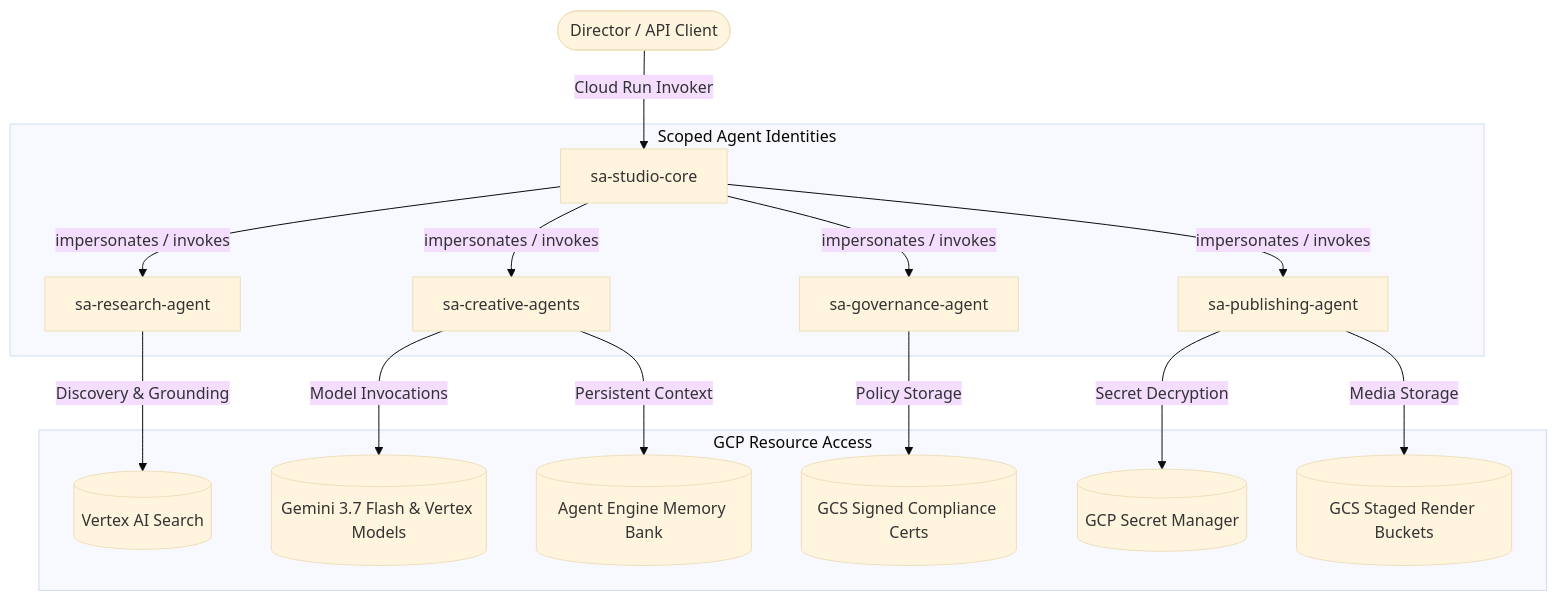
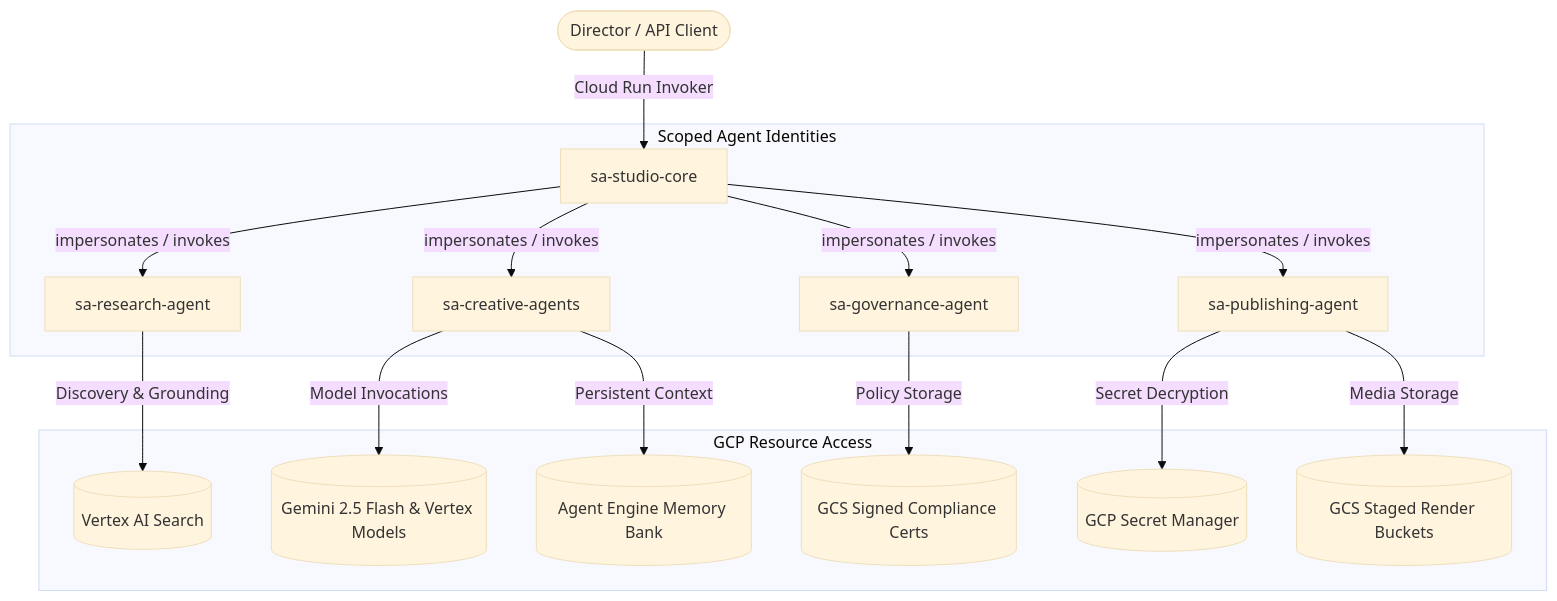
Before and after one commit to daryllrebeiro/content-gen-automator: the diagram in docs/IAM.md, drawn with Mermaid (base theme). The commit also changed other lines of this file and 8 other files, not shown here.

Commit message:
docs(accuracy): standardize Gemini model to gemini-2.5-flash and state IBM fallback honestly

````diff
--- a/docs/IAM.md
+++ b/docs/IAM.md
@@ -9,20 +9,20 @@
 ```mermaid
 graph TD
     User([Director / API Client]) -->|Cloud Run Invoker| SA_App[sa-studio-core]
     
     subgraph "Scoped Agent Identities"
         SA_App -->|impersonates / invokes| SA_Research[sa-research-agent]
         SA_App -->|impersonates / invokes| SA_Studio[sa-creative-agents]
         SA_App -->|impersonates / invokes| SA_Gov[sa-governance-agent]
         SA_App -->|impersonates / invokes| SA_Pub[sa-publishing-agent]
     end
 
     subgraph "GCP Resource Access"
         SA_Research -->|Discovery & Grounding| VertexSearch[(Vertex AI Search)]
-        SA_Studio -->|Model Invocations| ModelGarden[(Gemini 3.7 Flash & Vertex Models)]
+        SA_Studio -->|Model Invocations| ModelGarden[(Gemini 2.5 Flash & Vertex Models)]
         SA_Studio -->|Persistent Context| MemoryBank[(Agent Engine Memory Bank)]
         SA_Gov -->|Policy Storage| GCS_Audit[(GCS Signed Compliance Certs)]
         SA_Pub -->|Secret Decryption| SecretMgr[(GCP Secret Manager)]
         SA_Pub -->|Media Storage| GCS_Media[(GCS Staged Render Buckets)]
     end
 ```
````
